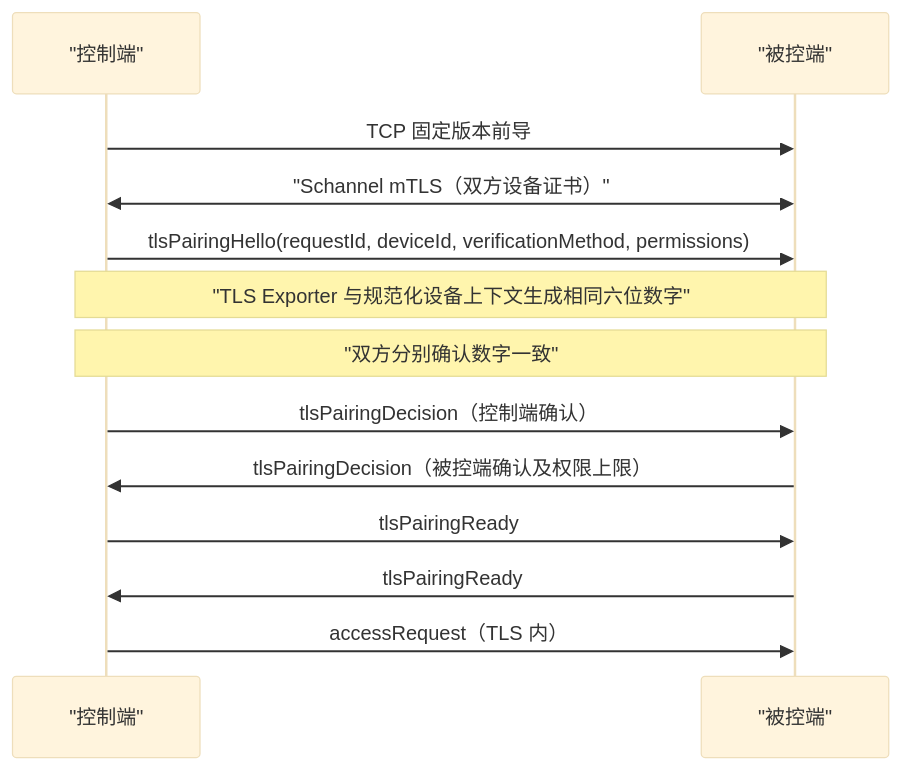
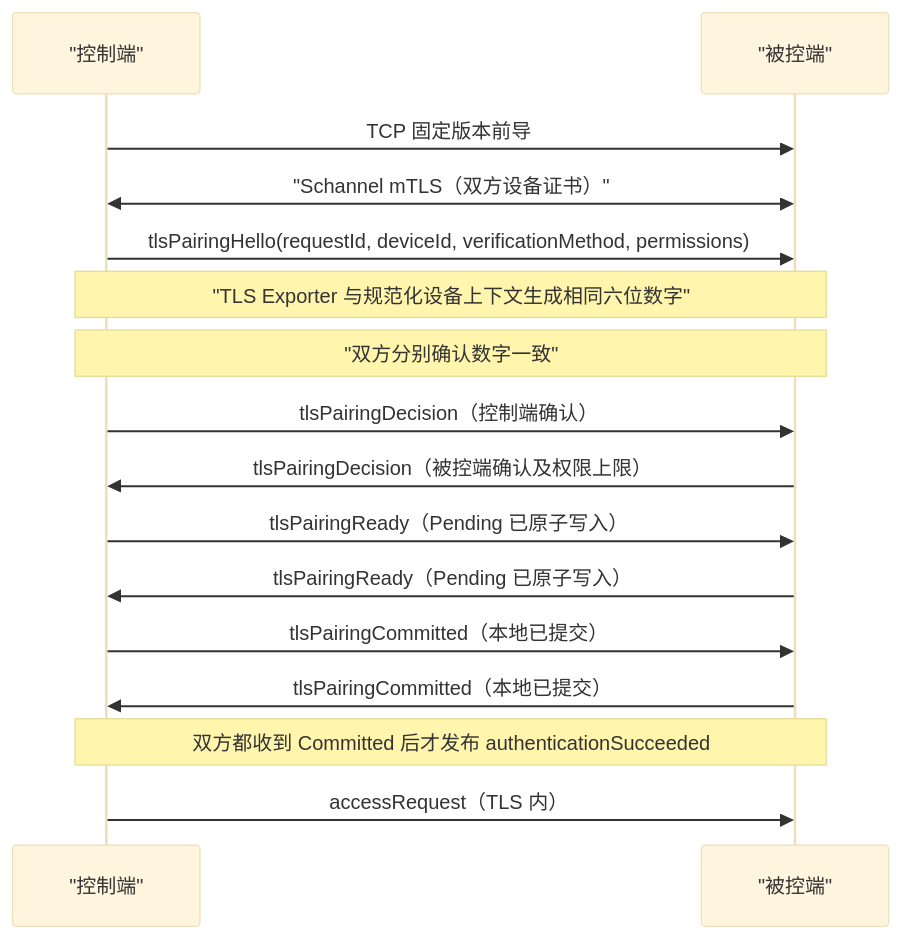
Before and after one commit to lyn-un/winRemoteControl: the diagram in docs/security/device-identity.md, drawn with Mermaid (base theme). The commit also changed other lines of this file and 43 other files, not shown here.

````diff
--- a/docs/security/device-identity.md
+++ b/docs/security/device-identity.md
@@ -13,15 +13,18 @@
 ```mermaid
 sequenceDiagram
     participant C as "控制端"
     participant H as "被控端"
     C->>H: TCP 固定版本前导
     C<<->>H: "Schannel mTLS（双方设备证书）"
     C->>H: tlsPairingHello(requestId, deviceId, verificationMethod, permissions)
     Note over C,H: "TLS Exporter 与规范化设备上下文生成相同六位数字"
     Note over C,H: "双方分别确认数字一致"
     C->>H: tlsPairingDecision（控制端确认）
     H->>C: tlsPairingDecision（被控端确认及权限上限）
-    C->>H: tlsPairingReady
-    H->>C: tlsPairingReady
+    C->>H: tlsPairingReady（Pending 已原子写入）
+    H->>C: tlsPairingReady（Pending 已原子写入）
+    C->>H: tlsPairingCommitted（本地已提交）
+    H->>C: tlsPairingCommitted（本地已提交）
+    Note over C,H: 双方都收到 Committed 后才发布 authenticationSucceeded
     C->>H: accessRequest（TLS 内）
 ```
````
